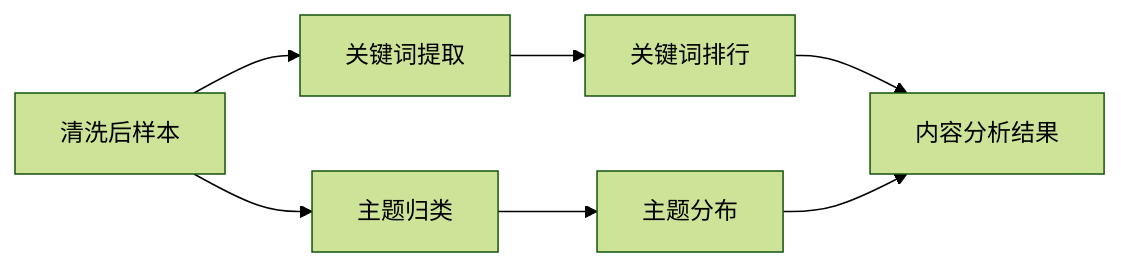
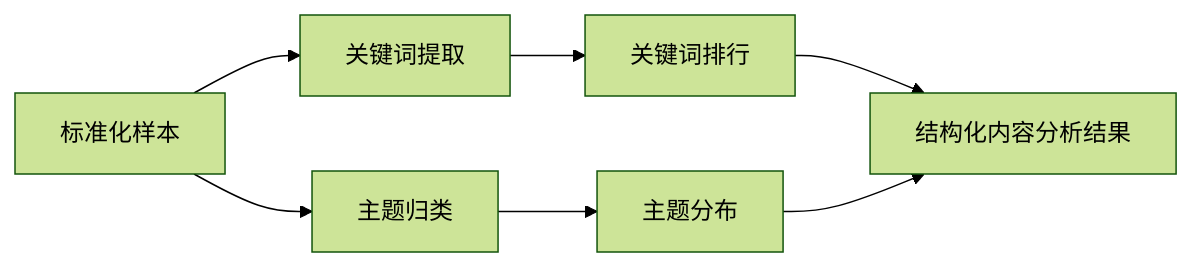
The seventh of 18 diagrams in steps/day1-day15-summary.md (juemimgcd/sentiFlow), drawn with Mermaid (forest theme) before and after one commit. The commit also changed other lines of this file and 2 other files, not shown here.

````diff
--- a/steps/day1-day15-summary.md
+++ b/steps/day1-day15-summary.md
@@ -205,9 +232,9 @@
 ```mermaid
 flowchart LR
-    A[清洗后样本] --> B[关键词提取]
+    A[标准化样本] --> B[关键词提取]
     A --> C[主题归类]
     B --> D[关键词排行]
     C --> E[主题分布]
-    D --> F[内容分析结果]
+    D --> F[结构化内容分析结果]
     E --> F
 ```
````
